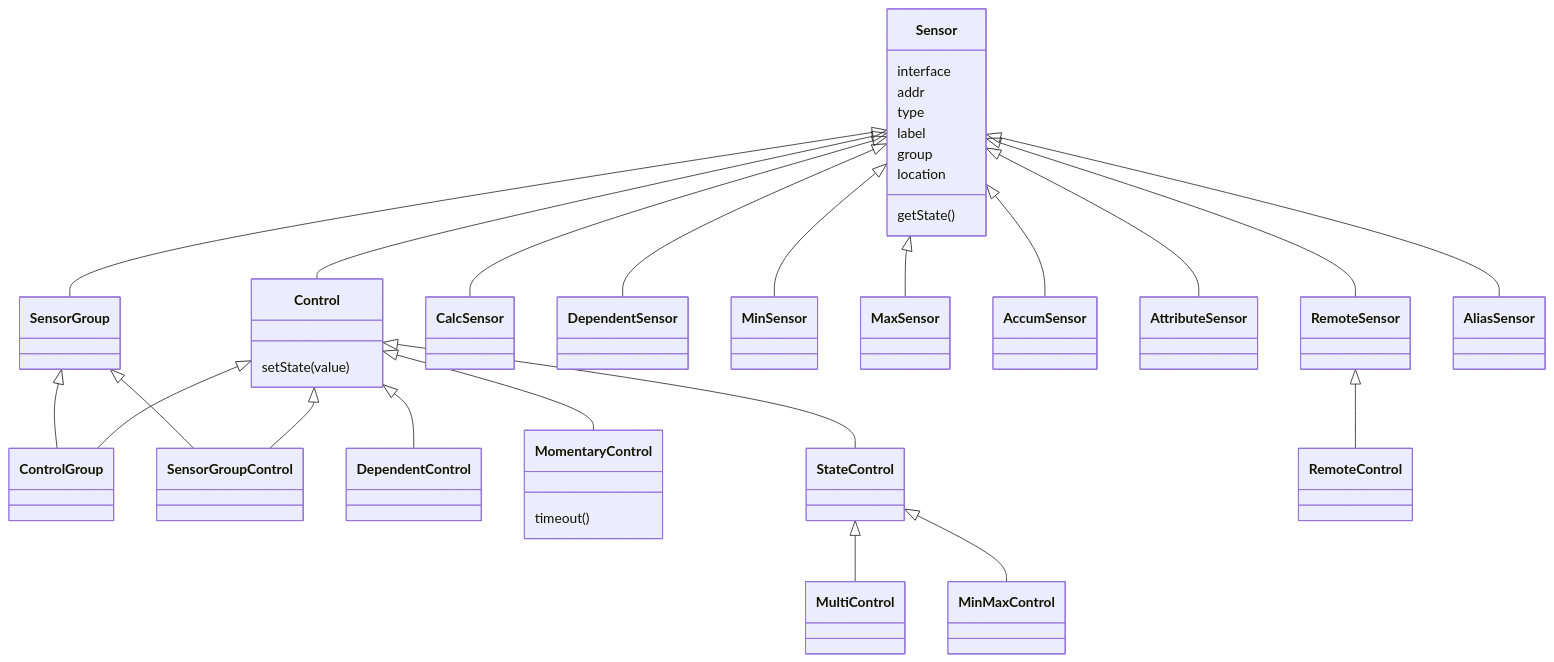
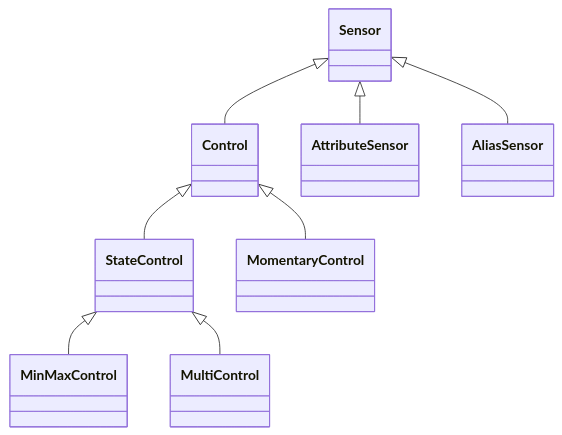
Before and after one commit to jbuehl/homealone: the fourth of 7 diagrams in docs/README.resources.md, drawn with Mermaid. The commit also changed other lines of this file and 1 other file, not shown here.

````diff
--- a/docs/README.resources.md
+++ b/docs/README.resources.md
@@ -36,32 +84,10 @@
 ```mermaid
 classDiagram
 	Sensor <|-- Control
-	Sensor <|-- SensorGroup
-	SensorGroup <|-- ControlGroup
-	Control <|-- ControlGroup
-	SensorGroup <|-- SensorGroupControl
-	Control <|-- SensorGroupControl
-	Sensor <|-- CalcSensor
-	Sensor <|-- DependentSensor
-	Control <|-- DependentControl
-	Control <|-- MomentaryControl
-	Control <|-- StateControl
+    Control <|-- StateControl
+    StateControl <|-- MinMaxControl
 	StateControl <|-- MultiControl
-	StateControl <|-- MinMaxControl
-	Sensor <|-- MinSensor
-	Sensor <|-- MaxSensor
-	Sensor <|-- AccumSensor
+    Control <|-- MomentaryControl
 	Sensor <|-- AttributeSensor
-	Sensor <|-- RemoteSensor
-	RemoteSensor <|-- RemoteControl
-	Sensor <|-- AliasSensor
-	Sensor : interface
-	Sensor : addr
-	Sensor: type
-	Sensor : label
-	Sensor : group
-	Sensor : location
-	Sensor : getState()
-	Control : setState(value)
-	MomentaryControl: timeout()
+    Sensor <|-- AliasSensor
 ```
````
